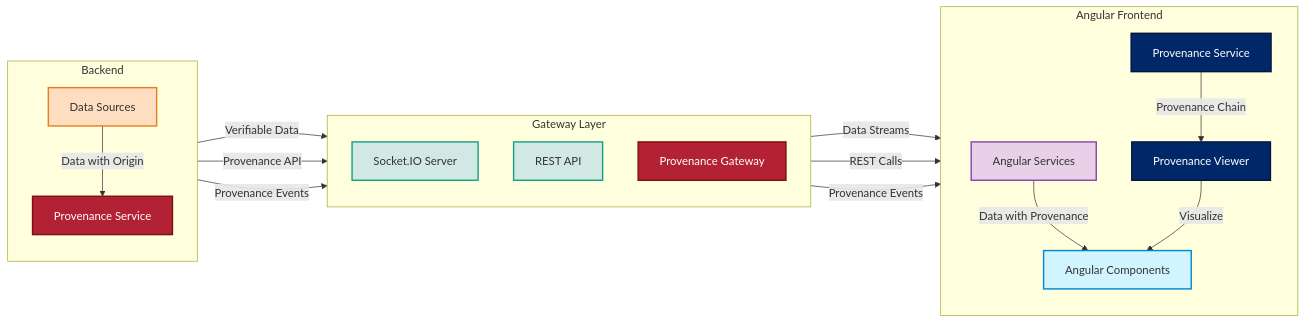
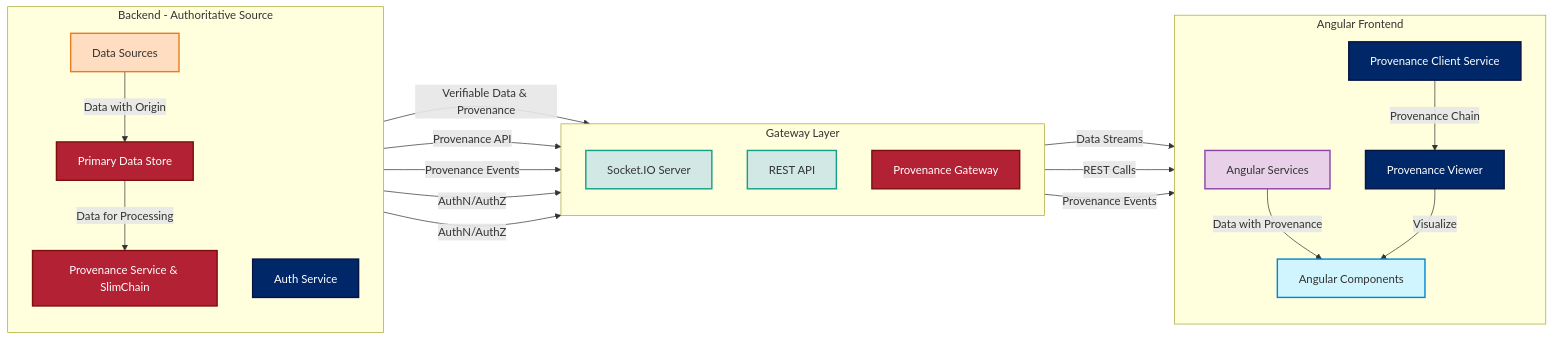
One commit to JeffreySanford/forge-board changed the first of 5 diagrams in forgeboard-frontend/src/assets/documentation/FRONTEND-API-ARCHITECTURE.md. Above: the diagram before and after it, drawn with Mermaid. The commit also changed other lines of this file and 53 other files, not shown here.

````diff
--- a/forgeboard-frontend/src/assets/documentation/FRONTEND-API-ARCHITECTURE.md
+++ b/forgeboard-frontend/src/assets/documentation/FRONTEND-API-ARCHITECTURE.md
@@ -23,44 +23,51 @@
 ```mermaid
 flowchart LR
-  subgraph Backend [Backend]
+  subgraph Backend [Backend - Authoritative Source]
     direction TB
     BE[Data Sources]
-    PROV[Provenance Service]
+    PROV[Provenance Service & SlimChain]
+    STORE[Primary Data Store]
+    AUTH[Auth Service]
   end
   subgraph Gateway [Gateway Layer]
     direction TB
     GW[Socket.IO Server]
     REST[REST API]
     PROVGW[Provenance Gateway]
   end
   subgraph Frontend [Angular Frontend]
     direction TB
-    PRSVC[Provenance Service]
+    PRSVC[Provenance Client Service]
     AS[Angular Services]
     AC[Angular Components]
     PV[Provenance Viewer]
   end
 
-  BE -->|"Data with Origin"| PROV
-  PROV -->|"Verifiable Data"| GW
+  BE -->|"Data with Origin"| STORE
+  STORE -->|"Data for Processing"| PROV
+  PROV -->|"Verifiable Data & Provenance"| GW
   PROV -->|"Provenance API"| REST
   PROV -->|"Provenance Events"| PROVGW
+  AUTH -->|"AuthN/AuthZ"| GW
+  AUTH -->|"AuthN/AuthZ"| REST
   
   GW -->|"Data Streams"| AS
   REST -->|"REST Calls"| AS
   PROVGW -->|"Provenance Events"| PRSVC
   
   AS -->|"Data with Provenance"| AC
   PRSVC -->|"Provenance Chain"| PV
   PV -->|"Visualize"| AC
 
   style BE fill:#FFDDC1,stroke:#E67E22,stroke-width:2px
+  style STORE fill:#B22234,stroke:#7D100E,stroke-width:2px,color:#fff
   style PROV fill:#B22234,stroke:#7D100E,stroke-width:2px,color:#fff
+  style AUTH fill:#002868,stroke:#071442,stroke-width:2px,color:#fff
   style GW fill:#D1E8E4,stroke:#16A085,stroke-width:2px
   style REST fill:#D1E8E4,stroke:#16A085,stroke-width:2px
   style PROVGW fill:#B22234,stroke:#7D100E,stroke-width:2px,color:#fff
   style AS fill:#E8D1E8,stroke:#8E44AD,stroke-width:2px
   style AC fill:#D1F5FF,stroke:#0288D1,stroke-width:2px
   style PRSVC fill:#002868,stroke:#071442,stroke-width:2px,color:#fff
   style PV fill:#002868,stroke:#071442,stroke-width:2px,color:#fff
 ```
````
